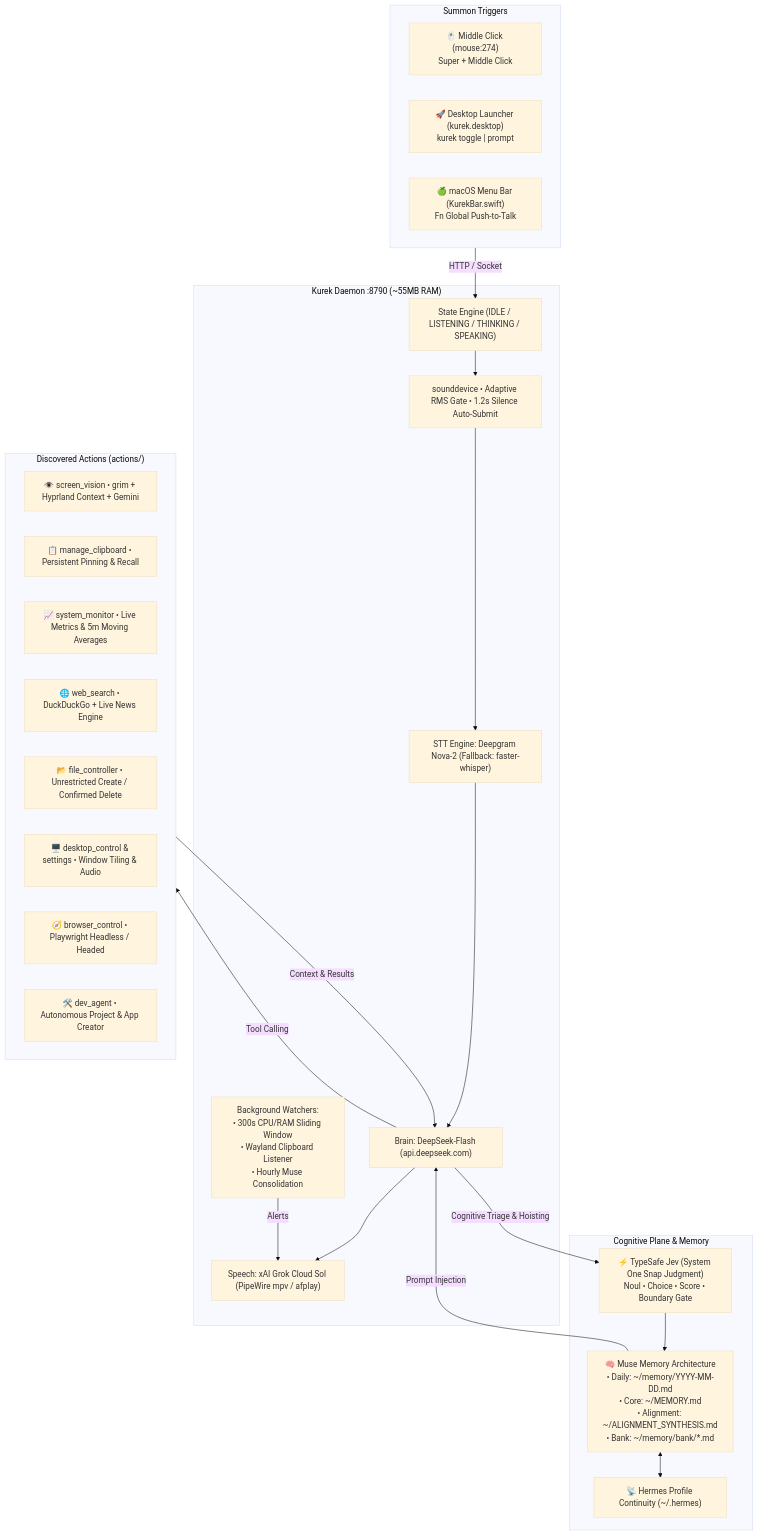
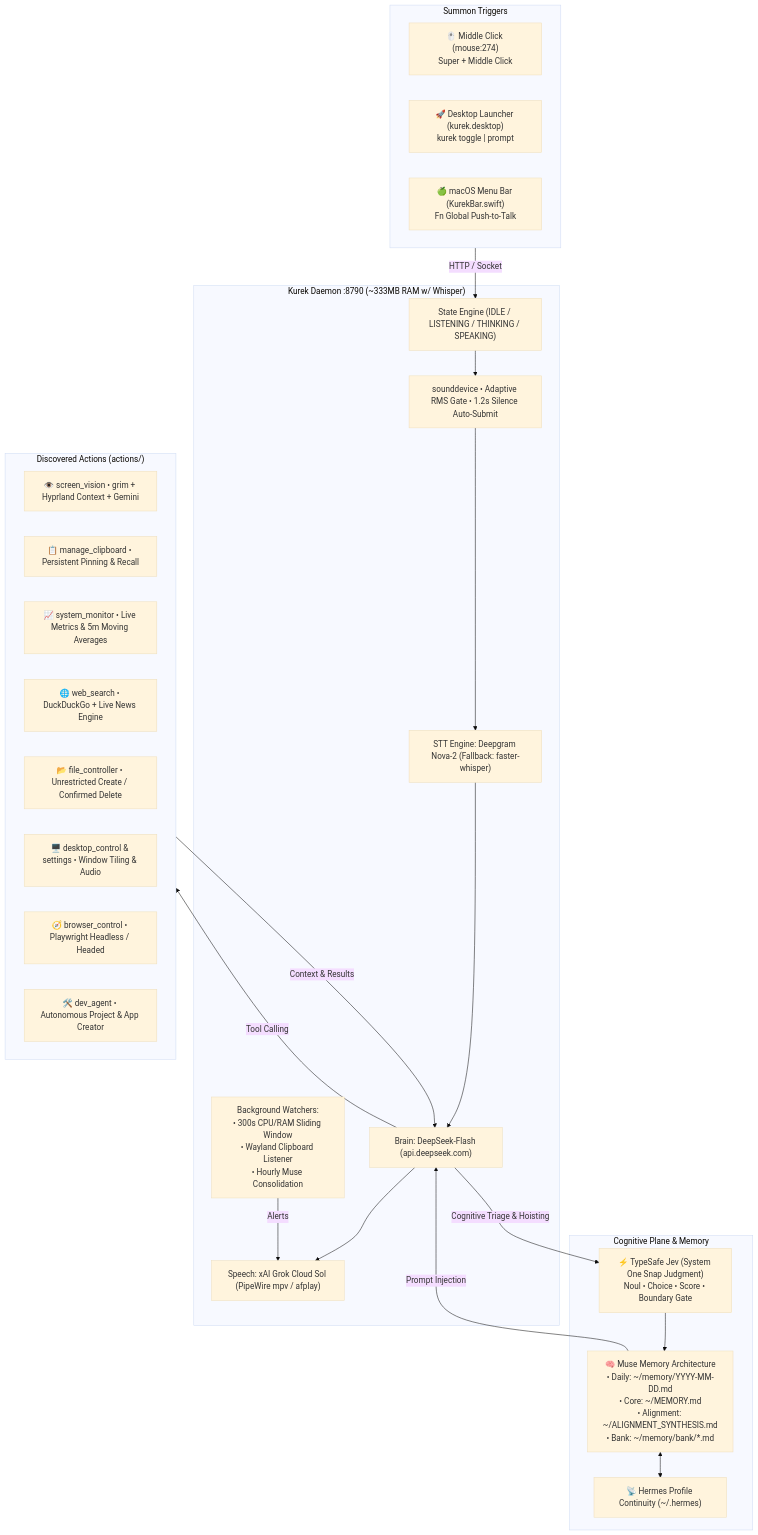
The diagram in README.md (nodaysidle/kureksistant), drawn with Mermaid (base theme) before and after one commit. The commit also changed other lines of this file and 2 other files, not shown here.

First line of the commit message:
docs: correct RAM footprint (~333MB w/ Whisper) and tool count (24) (#3)

````diff
--- a/README.md
+++ b/README.md
@@ -158,45 +158,45 @@
 ```mermaid
 flowchart TD
     subgraph Inputs ["Summon Triggers"]
         Mouse["🖱️ Middle Click (mouse:274)\nSuper + Middle Click"]
         Launcher["🚀 Desktop Launcher (kurek.desktop)\nkurek toggle | prompt"]
         MacBar["🍏 macOS Menu Bar (KurekBar.swift)\nFn Global Push-to-Talk"]
     end
 
-    subgraph Daemon ["Kurek Daemon :8790 (~55MB RAM)"]
+    subgraph Daemon ["Kurek Daemon :8790 (~333MB RAM w/ Whisper)"]
         State["State Engine (IDLE / LISTENING / THINKING / SPEAKING)"]
         Audio["sounddevice • Adaptive RMS Gate • 1.2s Silence Auto-Submit"]
         STT["STT Engine: Deepgram Nova-2 (Fallback: faster-whisper)"]
         LLM["Brain: DeepSeek-Flash (api.deepseek.com)"]
         TTS["Speech: xAI Grok Cloud Sol (PipeWire mpv / afplay)"]
         Watchers["Background Watchers:\n• 300s CPU/RAM Sliding Window\n• Wayland Clipboard Listener\n• Hourly Muse Consolidation"]
     end
 
     subgraph Cognition ["Cognitive Plane & Memory"]
         Jev["⚡ TypeSafe Jev (System One Snap Judgment)\nNoul • Choice • Score • Boundary Gate"]
         Muse["🧠 Muse Memory Architecture\n• Daily: ~/memory/YYYY-MM-DD.md\n• Core: ~/MEMORY.md\n• Alignment: ~/ALIGNMENT_SYNTHESIS.md\n• Bank: ~/memory/bank/*.md"]
         Hermes["📡 Hermes Profile Continuity (~/.hermes)"]
     end
 
     subgraph Tools ["Discovered Actions (actions/)"]
         Vision["👁️ screen_vision • grim + Hyprland Context + Gemini"]
         Clip["📋 manage_clipboard • Persistent Pinning & Recall"]
         Monitor["📈 system_monitor • Live Metrics & 5m Moving Averages"]
         Web["🌐 web_search • DuckDuckGo + Live News Engine"]
         Files["📂 file_controller • Unrestricted Create / Confirmed Delete"]
         Desktop["🖥️ desktop_control & settings • Window Tiling & Audio"]
         Browser["🧭 browser_control • Playwright Headless / Headed"]
         Dev["🛠️ dev_agent • Autonomous Project & App Creator"]
     end
 
     Inputs -->|HTTP / Socket| State
     State --> Audio --> STT --> LLM
     LLM -->|Cognitive Triage & Hoisting| Jev
     Jev --> Muse
     Muse <--> Hermes
     Muse -->|Prompt Injection| LLM
     LLM -->|Tool Calling| Tools
     Tools -->|Context & Results| LLM
     LLM --> TTS
     Watchers -->|Alerts| TTS
 ```
````
